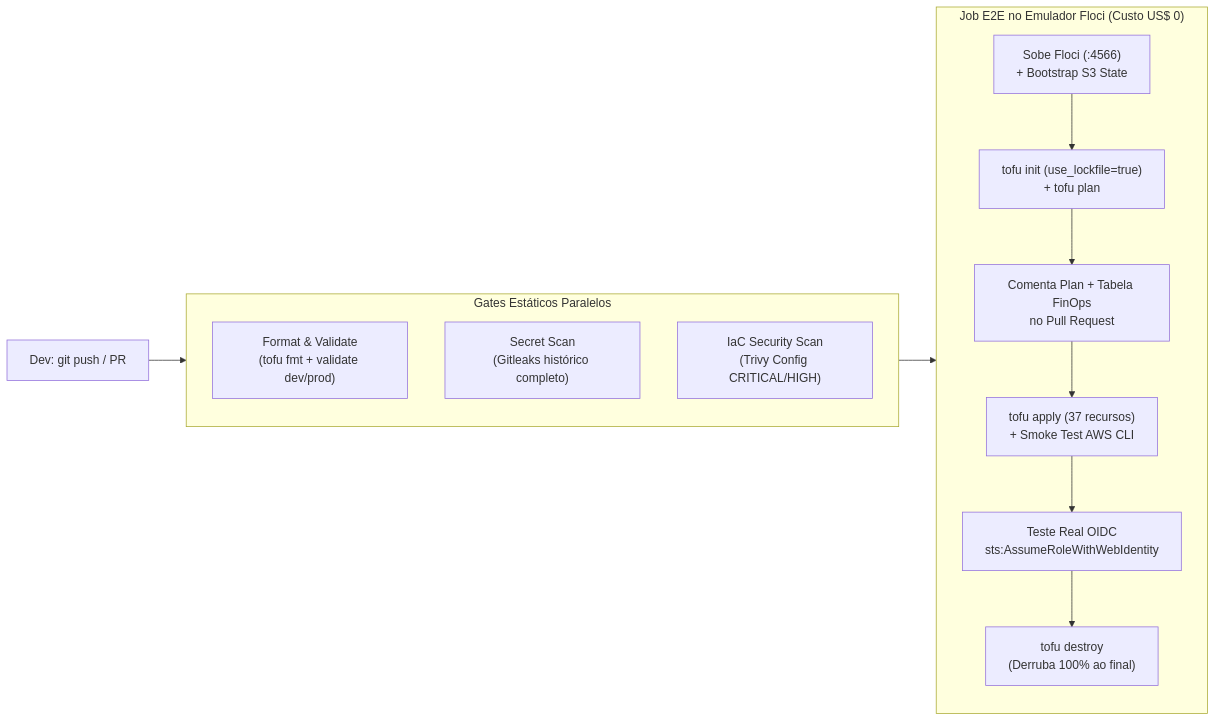
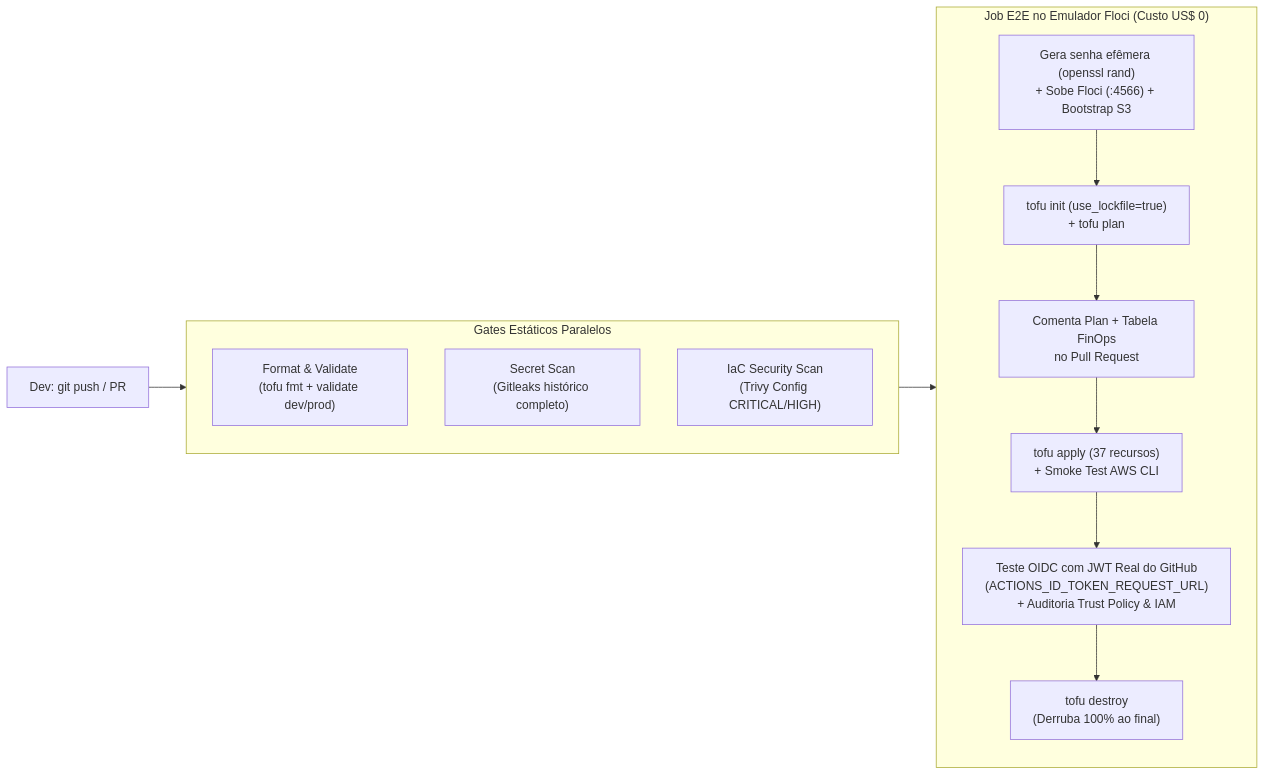
Before and after one commit to Gabriel-V-Mendes/infraestrutura-aws-opentofu-floci: the second of 2 diagrams in README.md, drawn with Mermaid. The commit also changed other lines of this file and 13 other files, not shown here.

Commit message:
security(iac): enforce strict OIDC sub, least-privilege IAM, ephemeral secrets, and update Floci/AWS docs

````diff
--- a/README.md
+++ b/README.md
@@ -75,24 +80,24 @@
 ```mermaid
 flowchart LR
     PR["Dev: git push / PR"] --> Parallel
 
     subgraph Parallel["Gates Estáticos Paralelos"]
         direction TB
         Fmt["Format & Validate\n(tofu fmt + validate dev/prod)"]
         Sec["Secret Scan\n(Gitleaks histórico completo)"]
         IaC["IaC Security Scan\n(Trivy Config CRITICAL/HIGH)"]
     end
 
     Parallel --> E2E
 
     subgraph E2E["Job E2E no Emulador Floci (Custo US$ 0)"]
         direction TB
-        Boot["Sobe Floci (:4566)\n+ Bootstrap S3 State"]
+        Boot["Gera senha efêmera (openssl rand)\n+ Sobe Floci (:4566) + Bootstrap S3"]
         Plan["tofu init (use_lockfile=true)\n+ tofu plan"]
         Comment["Comenta Plan + Tabela FinOps\nno Pull Request"]
         Apply["tofu apply (37 recursos)\n+ Smoke Test AWS CLI"]
-        OIDCTest["Teste Real OIDC\nsts:AssumeRoleWithWebIdentity"]
+        OIDCTest["Teste OIDC com JWT Real do GitHub\n(ACTIONS_ID_TOKEN_REQUEST_URL)\n+ Auditoria Trust Policy & IAM"]
         Destroy["tofu destroy\n(Derruba 100% ao final)"]
         Boot --> Plan --> Comment --> Apply --> OIDCTest --> Destroy
     end
 ```
````
